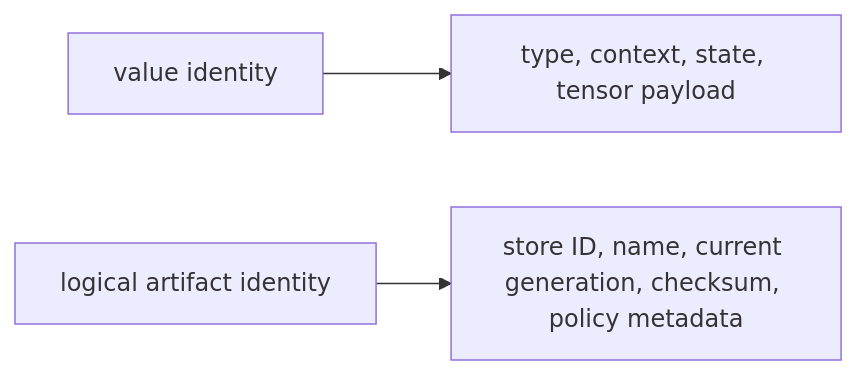
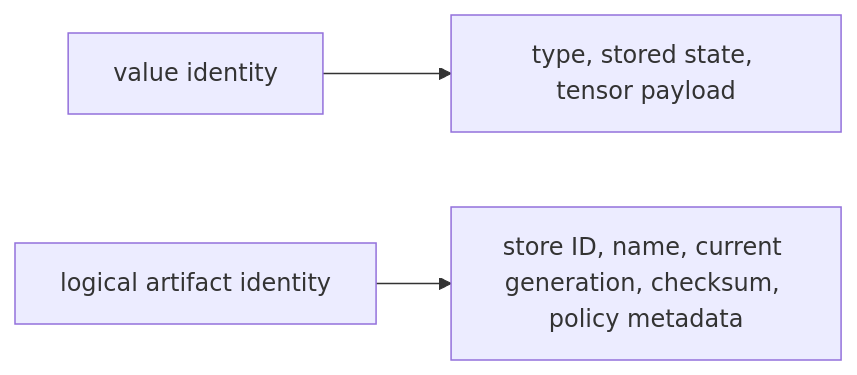
Before and after one commit to visualDust/fhelium: the third of 3 diagrams in docs/concepts/execution/serialization-and-artifacts.md, drawn with Mermaid. The commit also changed other lines of this file and 612 other files, not shown here.

Commit message:
Introduce several architecture changes and support Windows native build

````diff
--- a/docs/concepts/execution/serialization-and-artifacts.md
+++ b/docs/concepts/execution/serialization-and-artifacts.md
@@ -123,9 +122,9 @@
 ```mermaid
 flowchart LR
     VALUE_ID["value identity"]
-    VALUE_FIELDS["type, context, state, tensor payload"]
+    VALUE_FIELDS["type, stored state, tensor payload"]
     LOGICAL["logical artifact identity"]
     LOGICAL_FIELDS["store ID, name, current generation, checksum, policy metadata"]
     VALUE_ID --> VALUE_FIELDS
     LOGICAL --> LOGICAL_FIELDS
 ```
````
